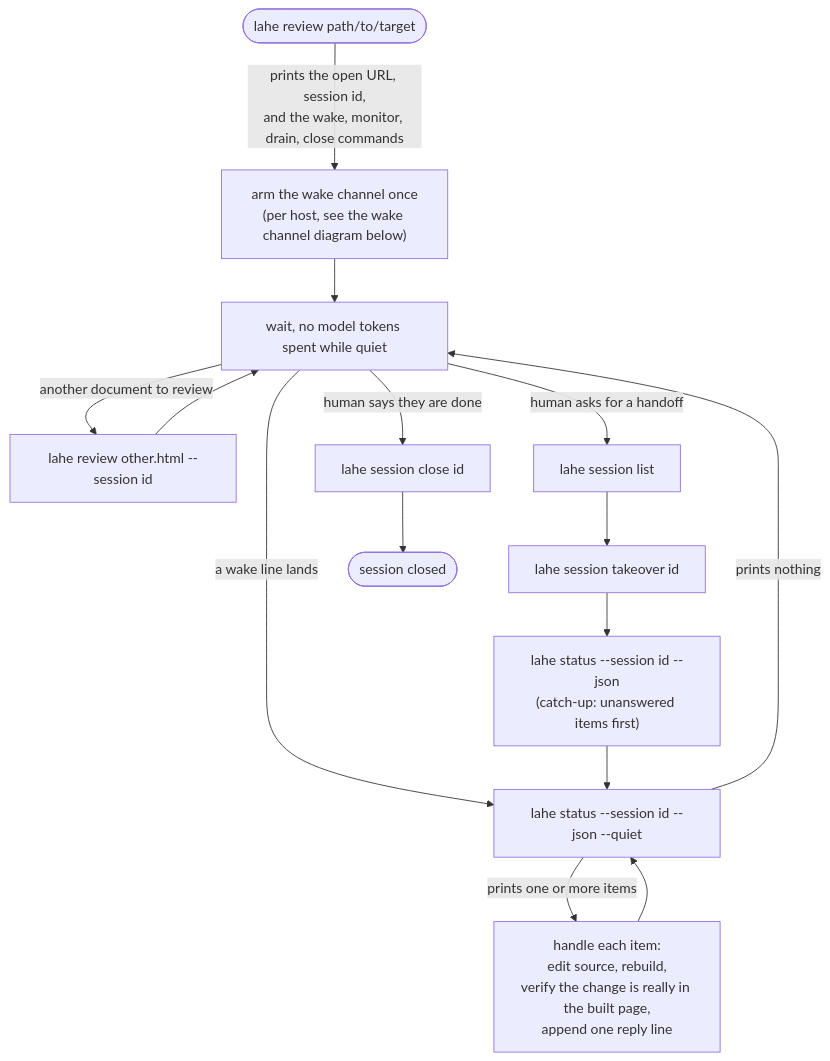
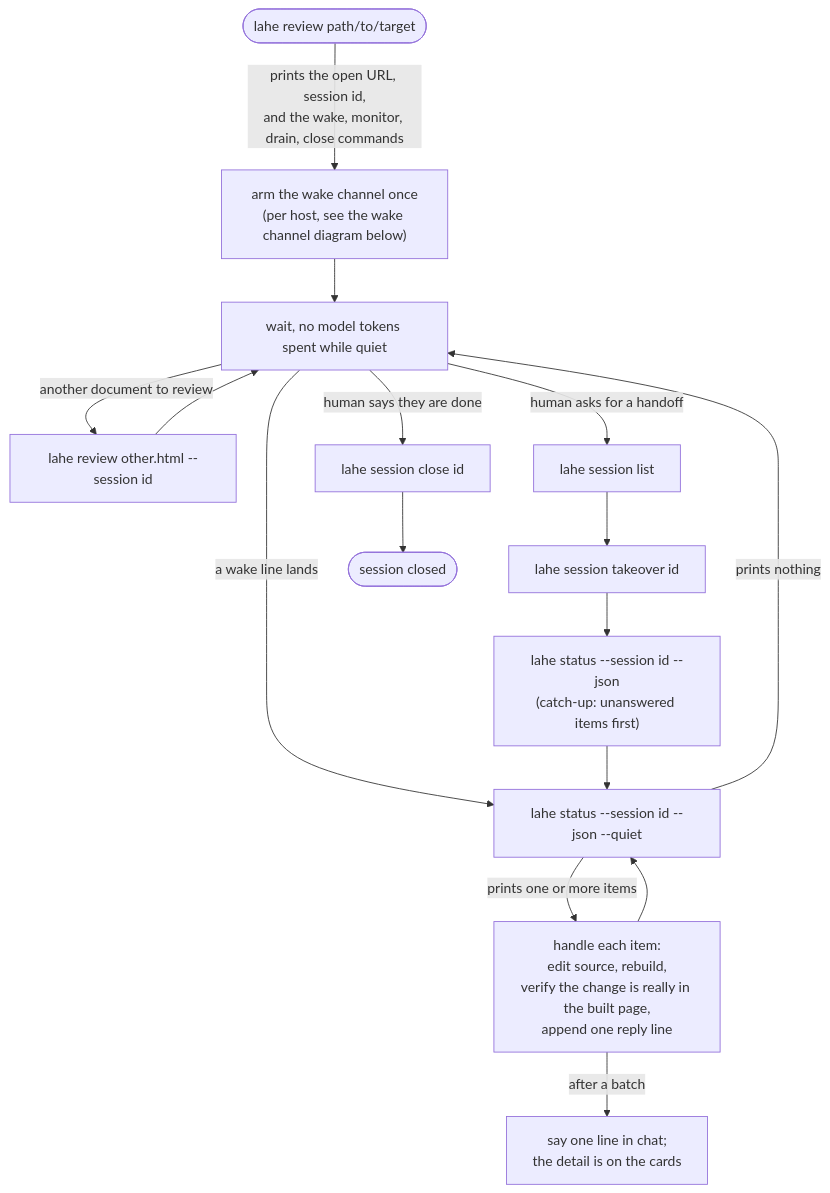
Before and after one commit to kenxle/live-agentic-html-editor: the first of 3 diagrams in docs/diagrams/agent_workflow.md, drawn with Mermaid. The commit also changed other lines of this file and 7 other files, not shown here.

````diff
--- a/docs/diagrams/agent_workflow.md
+++ b/docs/diagrams/agent_workflow.md
@@ -8,21 +8,22 @@
 ```mermaid
 flowchart TD
     Start(["lahe review path/to/target"]) -->|"prints the open URL, session id,<br/>and the wake, monitor, drain, close commands"| Arm["arm the wake channel once<br/>(per host, see the wake channel diagram below)"]
     Arm --> Wait["wait, no model tokens spent while quiet"]
 
     Wait -->|"a wake line lands"| Drain["lahe status --session id --json --quiet"]
     Drain -->|"prints one or more items"| Handle["handle each item:<br/>edit source, rebuild,<br/>verify the change is really in the built page,<br/>append one reply line"]
+    Handle -->|"after a batch"| Chat["say one line in chat;<br/>the detail is on the cards"]
     Handle --> Drain
     Drain -->|"prints nothing"| Wait
 
     Wait -->|"another document to review"| Another["lahe review other.html --session id"]
     Another --> Wait
 
     Wait -->|"human asks for a handoff"| List["lahe session list"]
     List --> Takeover["lahe session takeover id"]
     Takeover --> Catchup["lahe status --session id --json<br/>(catch-up: unanswered items first)"]
     Catchup --> Drain
 
     Wait -->|"human says they are done"| Close["lahe session close id"]
     Close --> End(["session closed"])
 ```
````
